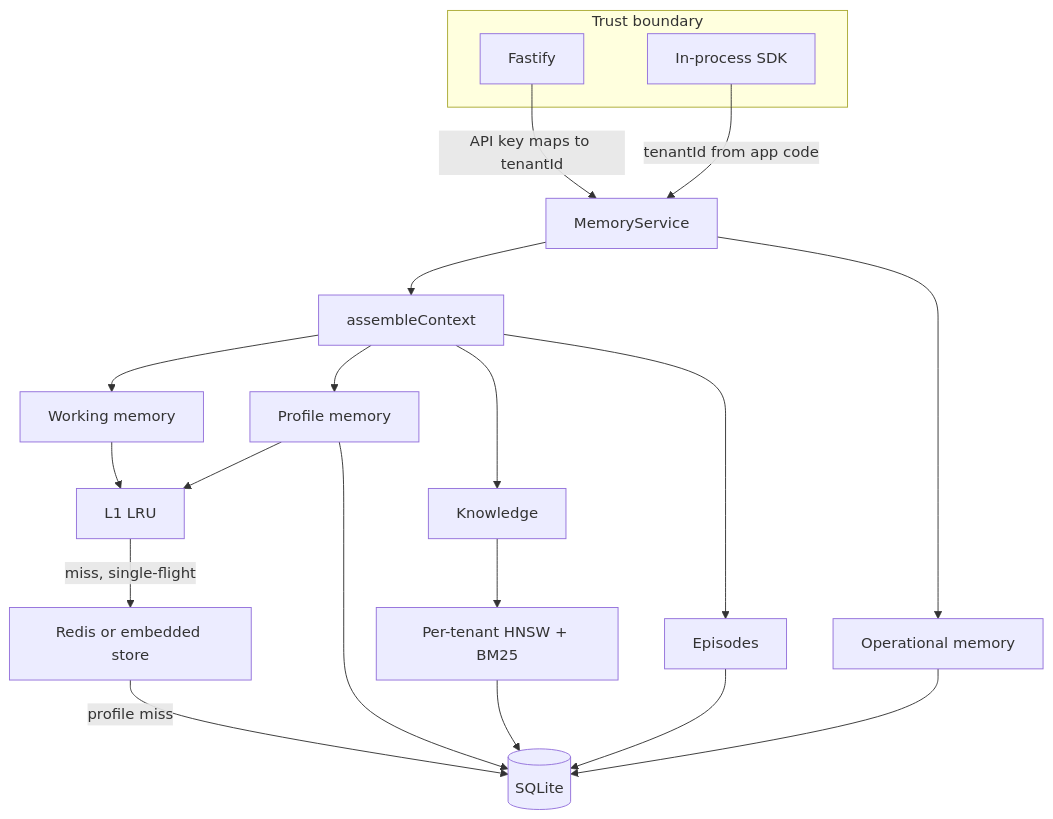
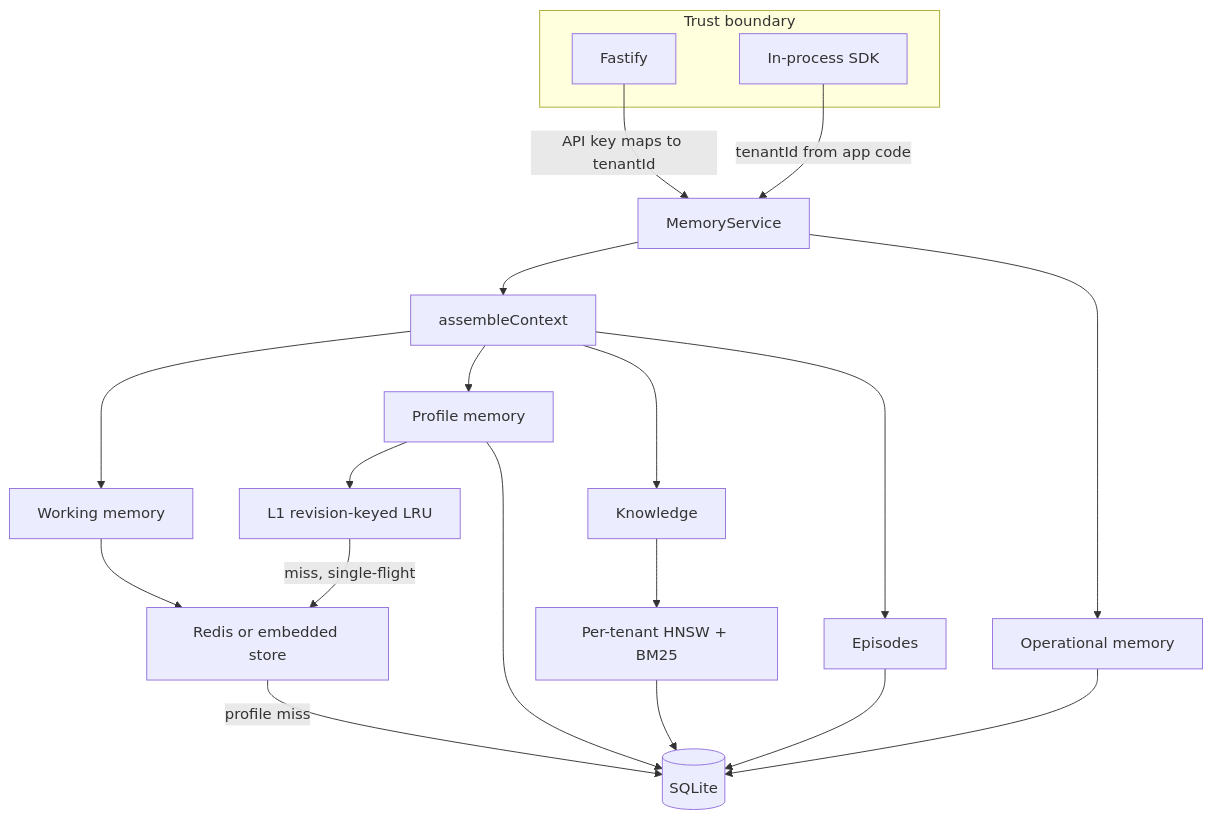
Before and after one commit to letslego/memlayer: the diagram in README.md, drawn with Mermaid. The commit also changed other lines of this file and 11 other files, not shown here.

````diff
--- a/README.md
+++ b/README.md
@@ -229,24 +261,24 @@
 ```mermaid
 flowchart TB
   subgraph edge [Trust boundary]
     HTTP[Fastify]
     App[In-process SDK]
   end
   HTTP -->|"API key maps to tenantId"| SVC[MemoryService]
   App -->|"tenantId from app code"| SVC
   SVC --> ASM[assembleContext]
   ASM --> WM[Working memory]
   ASM --> PM[Profile memory]
   ASM --> KM[Knowledge]
   ASM --> EM[Episodes]
   SVC --> OM[Operational memory]
-  WM --> L1[L1 LRU]
-  PM --> L1
+  WM --> Redis[Redis or embedded store]
+  PM --> L1[L1 revision-keyed LRU]
   L1 -->|miss, single-flight| Redis[Redis or embedded store]
   Redis -->|profile miss| SQL[(SQLite)]
   PM --> SQL
   KM --> ANN[Per-tenant HNSW + BM25]
   ANN --> SQL
   EM --> SQL
   OM --> SQL
 ```
````
